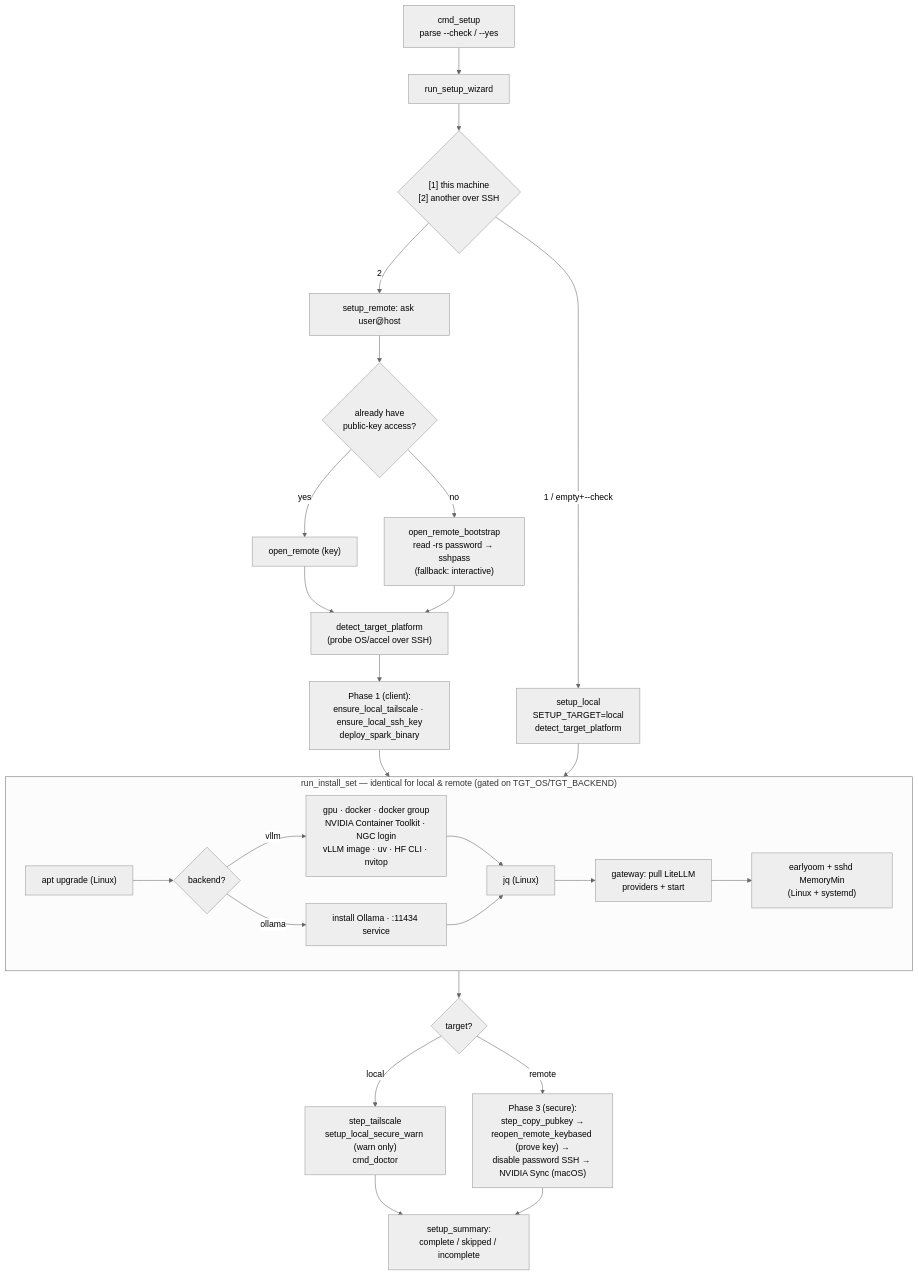
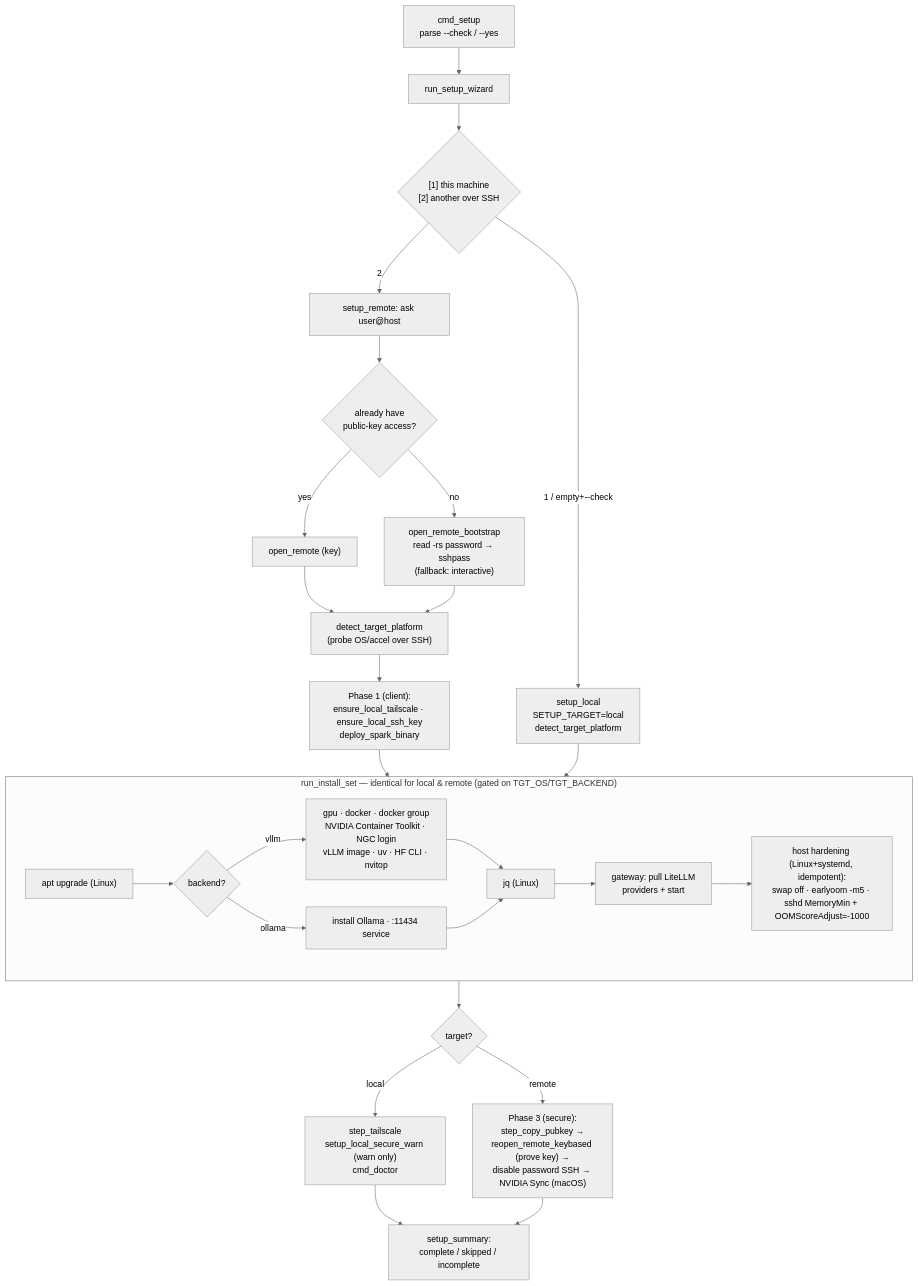
Before and after one commit to massimo92/spark: the third of 4 diagrams in docs/flow.md, drawn with Mermaid (neutral theme). The commit also changed other lines of this file and 4 other files, not shown here.

First line of the commit message:
Inference-node memory model: single budget, cgroup cap by measured peak, enforce-eager, swapless host

````diff
--- a/docs/flow.md
+++ b/docs/flow.md
@@ -103,37 +103,37 @@
 ```mermaid
 flowchart TD
     entry["cmd_setup\nparse --check / --yes"] --> wiz["run_setup_wizard"]
     wiz --> q1{"[1] this machine\n[2] another over SSH"}
 
     q1 -->|1 / empty+--check| local["setup_local\nSETUP_TARGET=local\ndetect_target_platform"]
     q1 -->|2| ask["setup_remote: ask user@host"]
 
     ask --> q2{"already have\npublic-key access?"}
     q2 -->|yes| openk["open_remote (key)"]
     q2 -->|no| boot["open_remote_bootstrap\nread -rs password → sshpass\n(fallback: interactive)"]
     openk --> det
     boot --> det["detect_target_platform\n(probe OS/accel over SSH)"]
 
     det --> p1["Phase 1 (client):\nensure_local_tailscale · ensure_local_ssh_key\ndeploy_spark_binary"]
     p1 --> shared
 
     local --> shared
 
     subgraph shared ["run_install_set — identical for local & remote (gated on TGT_OS/TGT_BACKEND)"]
         s_apt["apt upgrade (Linux)"] --> s_fork{"backend?"}
         s_fork -->|vllm| s_v["gpu · docker · docker group\nNVIDIA Container Toolkit · NGC login\nvLLM image · uv · HF CLI · nvitop"]
         s_fork -->|ollama| s_o["install Ollama · :11434 service"]
         s_v --> s_jq
         s_o --> s_jq
         s_jq["jq (Linux)"] --> s_gw["gateway: pull LiteLLM\nproviders + start"]
-        s_gw --> s_hard["earlyoom + sshd MemoryMin\n(Linux + systemd)"]
+        s_gw --> s_hard["host hardening (Linux+systemd, idempotent):\nswap off · earlyoom -m5 · sshd MemoryMin + OOMScoreAdjust=-1000"]
     end
 
     shared --> branch{"target?"}
     branch -->|local| lsec["step_tailscale\nsetup_local_secure_warn (warn only)\ncmd_doctor"]
     branch -->|remote| rsec["Phase 3 (secure):\nstep_copy_pubkey →\nreopen_remote_keybased (prove key) →\ndisable password SSH → NVIDIA Sync (macOS)"]
 
     lsec --> summ
     rsec --> summ
     summ["setup_summary:\ncomplete / skipped / incomplete"]
 ```
````
